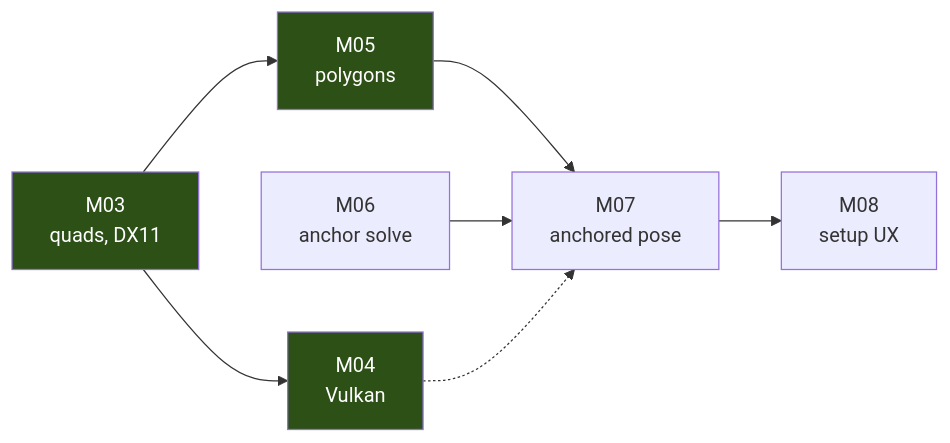
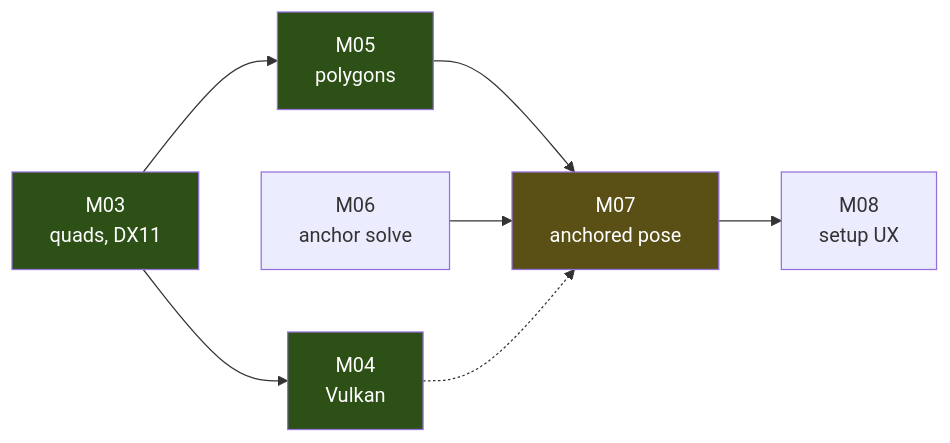
Before and after one commit to Septimus4/mr-cockpit-steamvr: the second of 2 diagrams in docs/PLAN.md, drawn with Mermaid. The commit also changed other lines of this file and 10 other files, not shown here.

````diff
--- a/docs/PLAN.md
+++ b/docs/PLAN.md
@@ -199,13 +199,14 @@
 ```mermaid
 flowchart LR
     M03["M03<br/>quads, DX11"] --> M04["M04<br/>Vulkan"]
     M03 --> M05["M05<br/>polygons"]
     M05 --> M07["M07<br/>anchored pose"]
     M06["M06<br/>anchor solve"] --> M07
     M07 --> M08["M08<br/>setup UX"]
     M04 -.-> M07
 
     style M03 fill:#2d5016,color:#fff
     style M04 fill:#2d5016,color:#fff
     style M05 fill:#2d5016,color:#fff
+    style M07 fill:#5a5016,color:#fff
 ```
````
